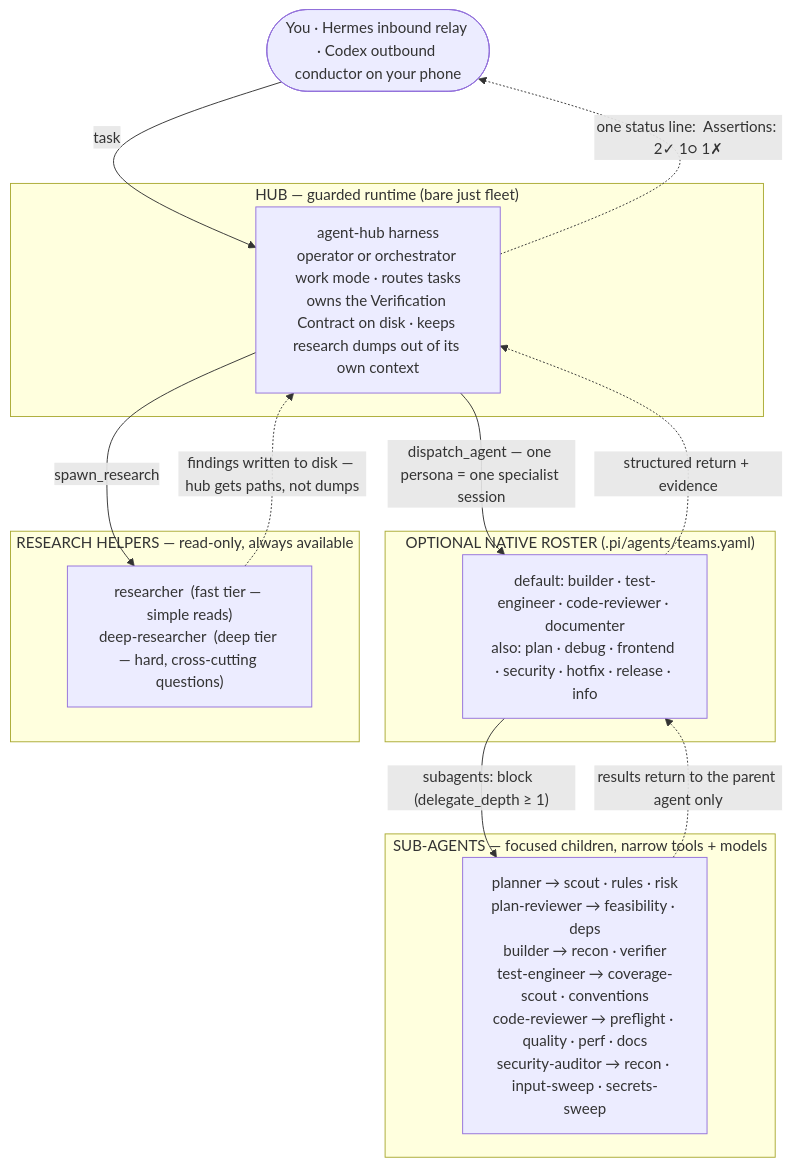
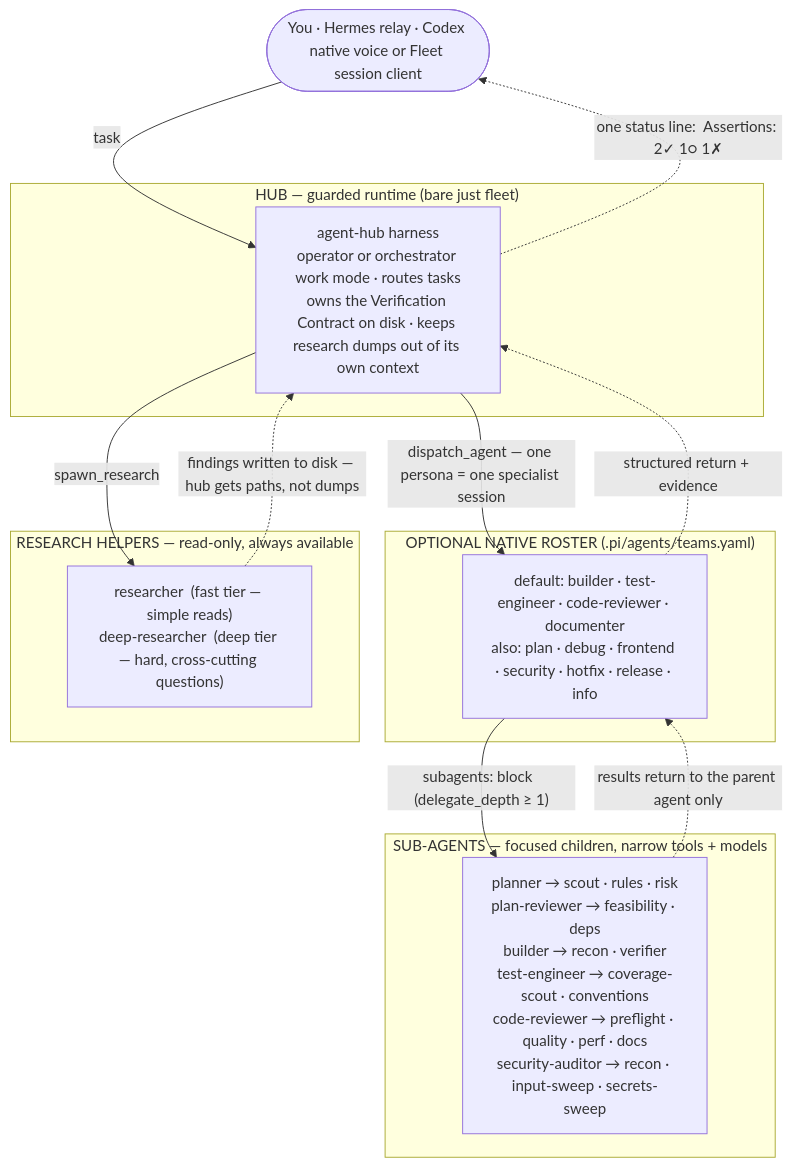
The first of 2 diagrams in docs/ARCHITECTURE.md (chankov/agent-fleet), drawn with Mermaid before and after one commit. The commit also changed other lines of this file and 131 other files, not shown here.

Commit message:
Add native Codex Fleet MCP, voice workflow, and guarded actions

````diff
--- a/docs/ARCHITECTURE.md
+++ b/docs/ARCHITECTURE.md
@@ -176,29 +176,29 @@
 ```mermaid
 flowchart TD
-    You(["You · Hermes inbound relay · Codex outbound conductor on your phone"])
+    You(["You · Hermes relay · Codex native voice or Fleet session client"])
 
     subgraph HUBL["HUB — guarded runtime  (bare just fleet)"]
         Hub["agent-hub harness<br/>operator or orchestrator work mode · routes tasks<br/>owns the Verification Contract on disk · keeps research dumps out of its own context"]
     end
 
     subgraph TEAML["OPTIONAL NATIVE ROSTER  (.pi/agents/teams.yaml)"]
         Team["default: builder · test-engineer · code-reviewer · documenter<br/>also: plan · debug · frontend · security · hotfix · release · info"]
     end
 
     subgraph RESL["RESEARCH HELPERS — read-only, always available"]
         Research["researcher  (fast tier — simple reads)<br/>deep-researcher  (deep tier — hard, cross-cutting questions)"]
     end
 
     subgraph SUBL["SUB-AGENTS — focused children, narrow tools + models"]
         Subs["planner → scout · rules · risk<br/>plan-reviewer → feasibility · deps<br/>builder → recon · verifier<br/>test-engineer → coverage-scout · conventions<br/>code-reviewer → preflight · quality · perf · docs<br/>security-auditor → recon · input-sweep · secrets-sweep"]
     end
 
     You -->|task| Hub
     Hub -->|"dispatch_agent — one persona = one specialist session"| Team
     Hub -->|"spawn_research"| Research
     Research -.->|"findings written to disk — hub gets paths, not dumps"| Hub
     Team -->|"subagents: block  (delegate_depth ≥ 1)"| Subs
     Subs -.->|"results return to the parent agent only"| Team
     Team -.->|"structured return + evidence"| Hub
     Hub -.->|"one status line:  Assertions: 2✓ 1○ 1✗"| You
 ```
````
